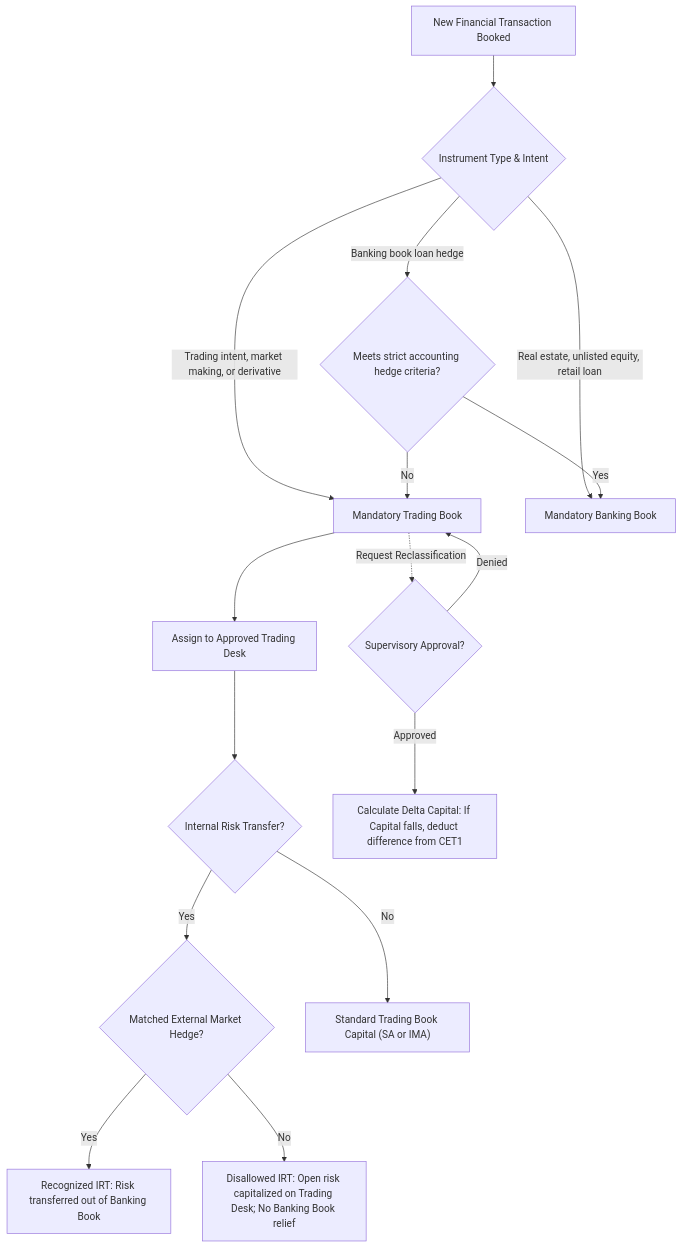
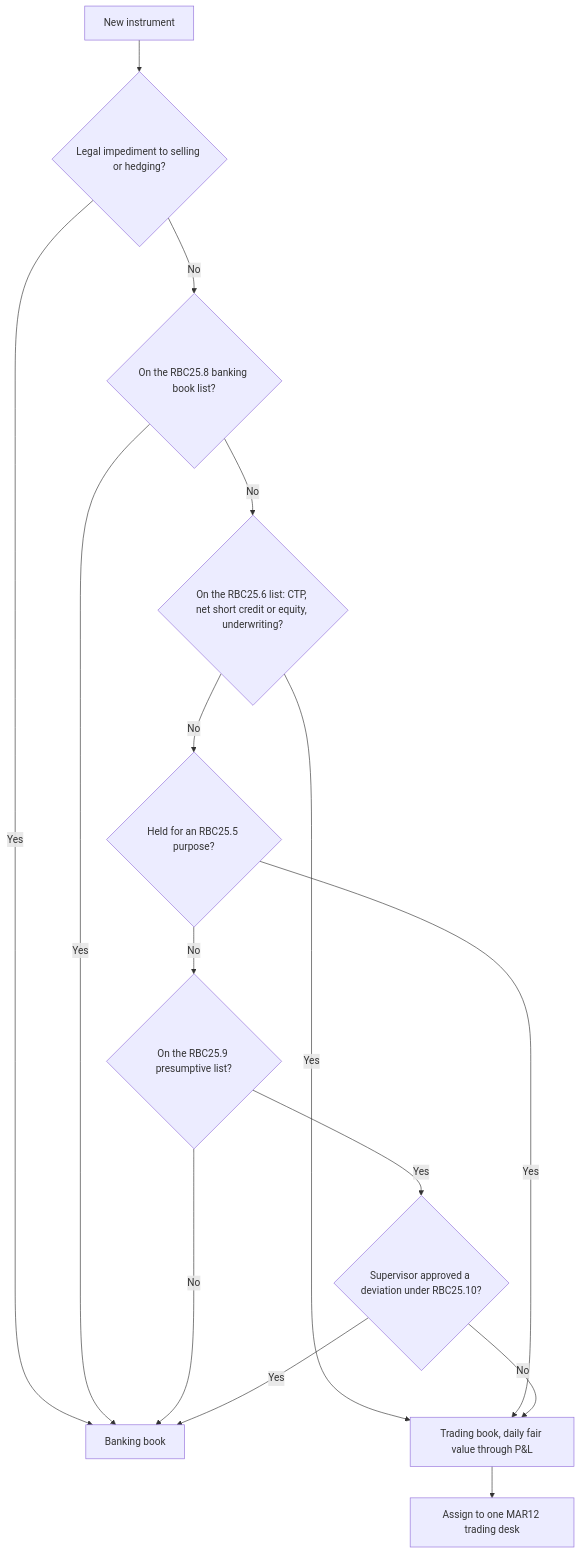
Before and after one commit to shreejitverma/The-Quant-Prep: the first of 2 diagrams in 17-Regulatory-Capital-Basel-and-FRTB/06-FRTB-Trading-and-Banking-Book-Boundary.md, drawn with Mermaid. The commit also changed other lines of this file and 8 other files, not shown here.

````diff
--- a/17-Regulatory-Capital-Basel-and-FRTB/06-FRTB-Trading-and-Banking-Book-Boundary.md
+++ b/17-Regulatory-Capital-Basel-and-FRTB/06-FRTB-Trading-and-Banking-Book-Boundary.md
@@ -123,22 +63,17 @@
 ```mermaid
 flowchart TD
-    A["New Financial Transaction Booked"] --> B{"Instrument Type & Intent"}
-    
-    B -- "Trading intent, market making, or derivative" --> C["Mandatory Trading Book"]
-    B -- "Real estate, unlisted equity, retail loan" --> D["Mandatory Banking Book"]
-    B -- "Banking book loan hedge" --> E{"Meets strict accounting hedge criteria?"}
-    
-    E -- "Yes" --> D
-    E -- "No" --> C
-    
-    C --> F["Assign to Approved Trading Desk"]
-    F --> G{"Internal Risk Transfer?"}
-    G -- "Yes" --> H{"Matched External Market Hedge?"}
-    H -- "Yes" --> I["Recognized IRT: Risk transferred out of Banking Book"]
-    H -- "No" --> J["Disallowed IRT: Open risk capitalized on Trading Desk; No Banking Book relief"]
-    G -- "No" --> K["Standard Trading Book Capital (SA or IMA)"]
-    
-    C -. "Request Reclassification" .-> L{"Supervisory Approval?"}
-    L -- "Denied" --> C
-    L -- "Approved" --> M["Calculate Delta Capital: If Capital falls, deduct difference from CET1"]
+    A["New instrument"] --> L{"Legal impediment to selling or hedging?"}
+    L -- "Yes" --> BB["Banking book"]
+    L -- "No" --> M{"On the RBC25.8 banking book list?"}
+    M -- "Yes" --> BB
+    M -- "No" --> N{"On the RBC25.6 list: CTP, net short credit or equity, underwriting?"}
+    N -- "Yes" --> TB["Trading book, daily fair value through P&L"]
+    N -- "No" --> P{"Held for an RBC25.5 purpose?"}
+    P -- "Yes" --> TB
+    P -- "No" --> Q{"On the RBC25.9 presumptive list?"}
+    Q -- "No" --> BB
+    Q -- "Yes" --> R{"Supervisor approved a deviation under RBC25.10?"}
+    R -- "Yes" --> BB
+    R -- "No" --> TB
+    TB --> D["Assign to one MAR12 trading desk"]
 ```
````
